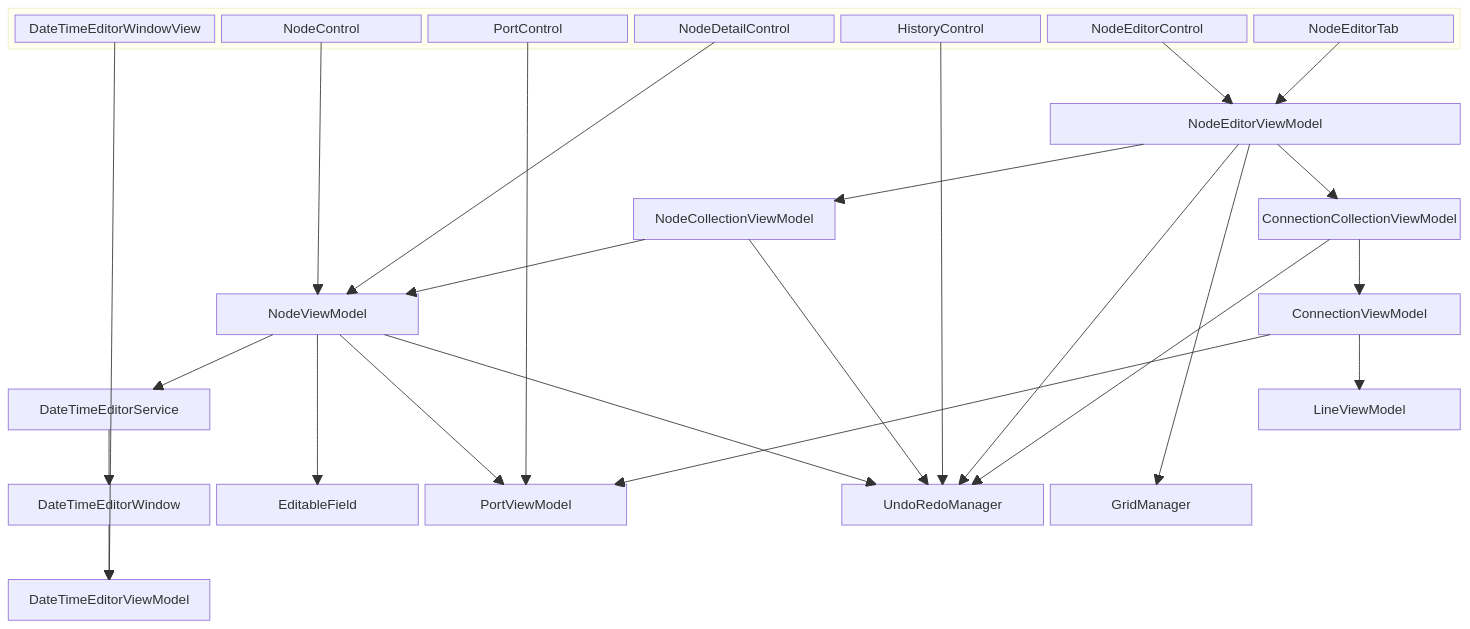
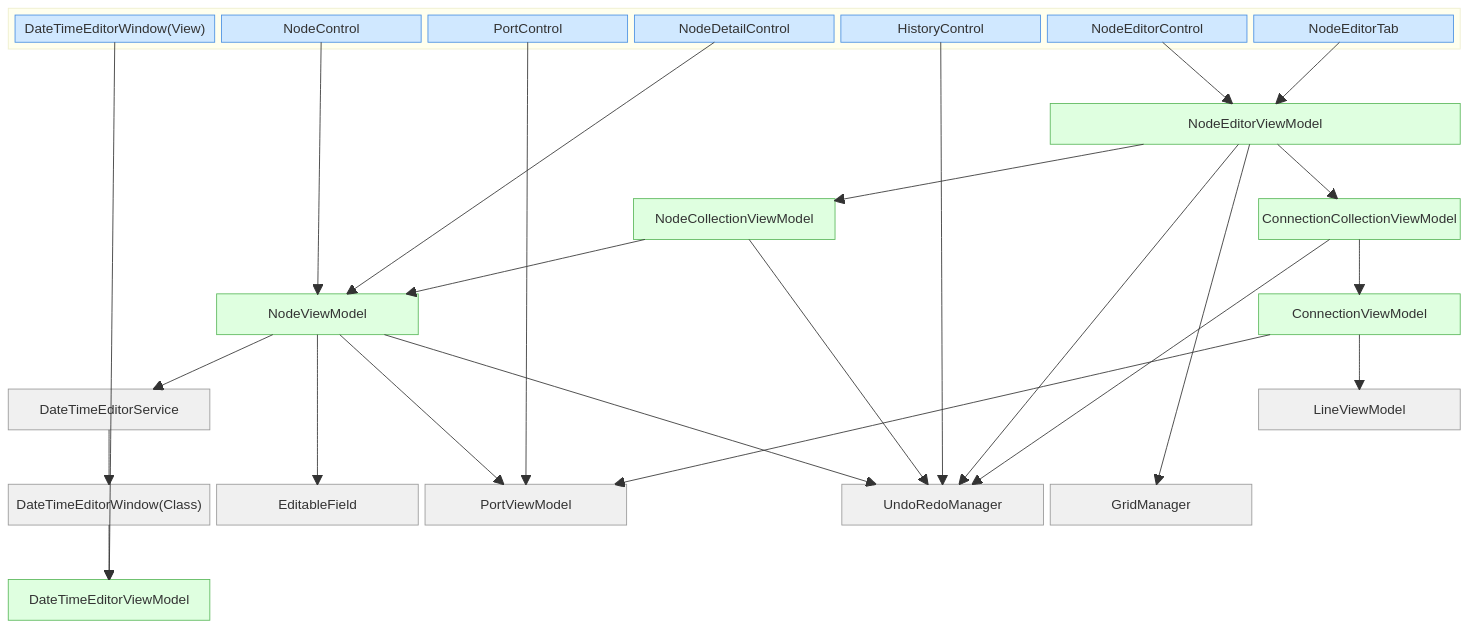
One commit to WhiteCatMonar/WcmScheduler changed the diagram in README.md. Above: the diagram before and after it, drawn with Mermaid.

Commit message:
若干図が見づらかったので修正

````diff
--- a/README.md
+++ b/README.md
@@ -95,7 +95,7 @@
     %% ============================
     block:views:7
         columns 7
-        DateTimeEditorWindowView
+        DateTimeEditorWindow_View["DateTimeEditorWindow(View)"]
         NodeControl
         PortControl
         NodeDetailControl
@@ -143,7 +143,7 @@
 
     space:7
 
-    DateTimeEditorWindow
+    DateTimeEditorWindow_Class["DateTimeEditorWindow(Class)"]
     EditableField
     PortViewModel
     space
@@ -178,8 +178,8 @@
     ConnectionViewModel --> PortViewModel
     ConnectionViewModel --> LineViewModel
 
-    DateTimeEditorService --> DateTimeEditorWindow
-    DateTimeEditorWindow --> DateTimeEditorViewModel
+    DateTimeEditorService --> DateTimeEditorWindow_Class
+    DateTimeEditorWindow_Class --> DateTimeEditorViewModel
 
     %% ============================
     %% Dependencies (View → ViewModel)
@@ -190,5 +190,36 @@
     NodeDetailControl --> NodeViewModel
     HistoryControl --> UndoRedoManager
     NodeEditorTab --> NodeEditorViewModel
-    DateTimeEditorWindowView --> DateTimeEditorViewModel
+    DateTimeEditorWindow_View --> DateTimeEditorViewModel
+
+    
+    %% ============================
+    %% Coloring
+    %% ============================
+
+    %% Views (blue)
+    style DateTimeEditorWindow_View fill:#D0E8FF,stroke:#4A90E2,color:#000000
+    style NodeControl fill:#D0E8FF,stroke:#4A90E2,color:#000000
+    style PortControl fill:#D0E8FF,stroke:#4A90E2,color:#000000
+    style NodeDetailControl fill:#D0E8FF,stroke:#4A90E2,color:#000000
+    style HistoryControl fill:#D0E8FF,stroke:#4A90E2,color:#000000
+    style NodeEditorControl fill:#D0E8FF,stroke:#4A90E2,color:#000000
+    style NodeEditorTab fill:#D0E8FF,stroke:#4A90E2,color:#000000
+
+    %% ViewModels (green)
+    style NodeEditorViewModel fill:#DFFFE0,stroke:#5CB85C,color:#000000
+    style NodeCollectionViewModel fill:#DFFFE0,stroke:#5CB85C,color:#000000
+    style ConnectionCollectionViewModel fill:#DFFFE0,stroke:#5CB85C,color:#000000
+    style NodeViewModel fill:#DFFFE0,stroke:#5CB85C,color:#000000
+    style ConnectionViewModel fill:#DFFFE0,stroke:#5CB85C,color:#000000
+    style DateTimeEditorViewModel fill:#DFFFE0,stroke:#5CB85C,color:#000000
+
+    %% Infrastructure / Managers (gray)
+    style EditableField fill:#F0F0F0,stroke:#999,color:#000000
+    style PortViewModel fill:#F0F0F0,stroke:#999,color:#000000
+    style UndoRedoManager fill:#F0F0F0,stroke:#999,color:#000000
+    style GridManager fill:#F0F0F0,stroke:#999,color:#000000
+    style LineViewModel fill:#F0F0F0,stroke:#999,color:#000000
+    style DateTimeEditorService fill:#F0F0F0,stroke:#999,color:#000000
+    style DateTimeEditorWindow_Class fill:#F0F0F0,stroke:#999,color:#000000
 ```
````
